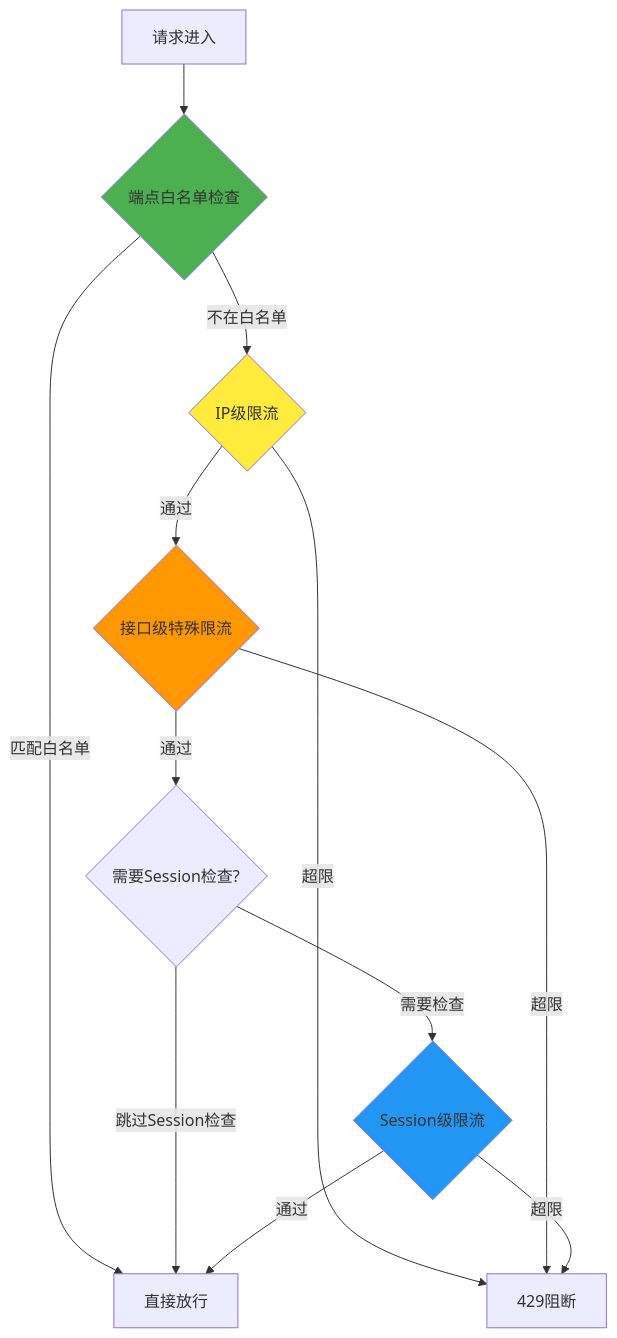
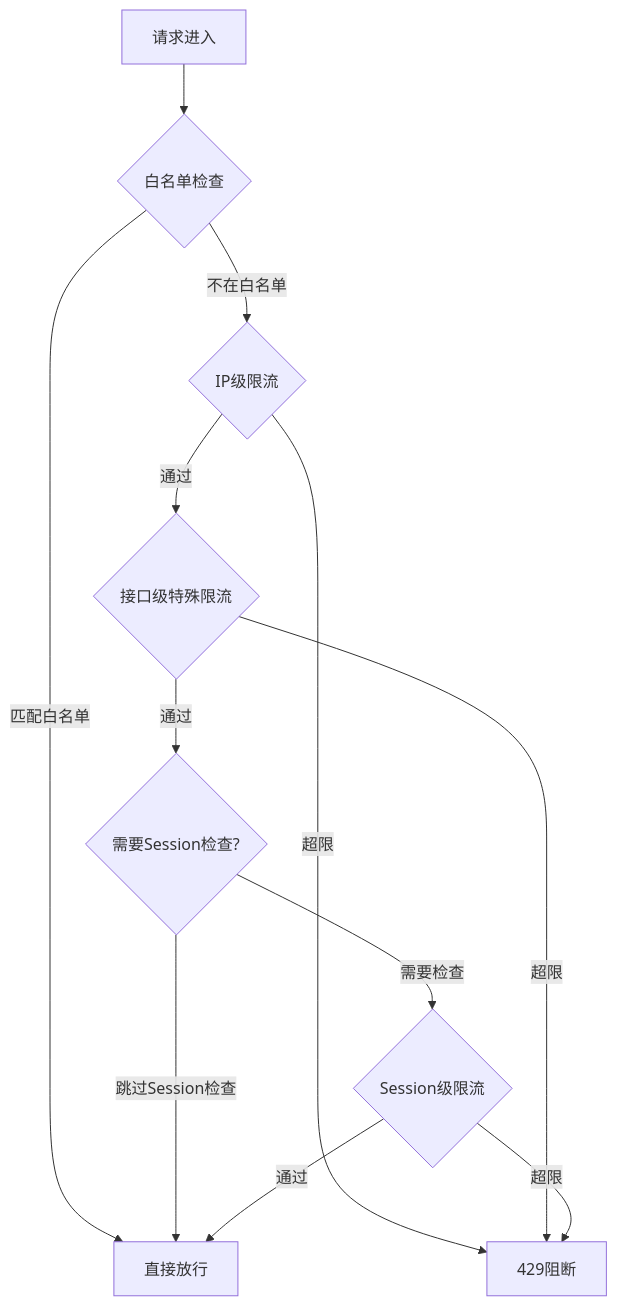
The diagram in all/未命名-2.md (yingjianzh/iodraw-files), drawn with Mermaid before and after one commit.

Commit message:
2025-10-13 16:26:32 update

````diff
--- a/all/未命名-2.md
+++ b/all/未命名-2.md
@@ -1,19 +1,16 @@
 ```mermaid
 flowchart TD
-    A[请求进入] --> B{端点白名单检查}
+    A[请求进入] --> B{白名单检查}
     B -- 匹配白名单 --> PASS[直接放行]
     B -- 不在白名单 --> C{IP级限流}
     C -- 超限 --> BLOCK[429阻断]
     C -- 通过 --> D{接口级特殊限流}
     D -- 超限 --> BLOCK
     D -- 通过 --> E{需要Session检查?}
     E -- 跳过Session检查 --> PASS
     E -- 需要检查 --> F{Session级限流}
     F -- 超限 --> BLOCK
     F -- 通过 --> PASS
     
-    style B fill:#4caf50
-    style C fill:#ffeb3b
-    style D fill:#ff9800
-    style F fill:#2196f3
+
 ```
````
